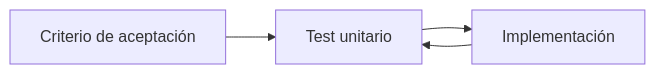
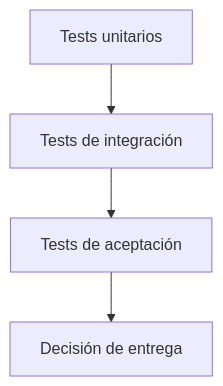
Before and after one commit to balderasalberto/eventos-sociales: the sixth of 9 diagrams in docs/07-plan-mvp.md, drawn with Mermaid. The commit also changed other lines of this file, not shown here.

````diff
--- a/docs/07-plan-mvp.md
+++ b/docs/07-plan-mvp.md
@@ -286,6 +263,6 @@
 ```mermaid
-flowchart LR
-    AC[Criterio de aceptación] --> UNIT[Test unitario]
-    UNIT --> CODE[Implementación]
-    CODE --> UNIT
+flowchart TB
+    UNIT[Tests unitarios] --> INT[Tests de integración]
+    INT --> ACCEPT[Tests de aceptación]
+    ACCEPT --> RELEASE[Decisión de entrega]
 ```
````
